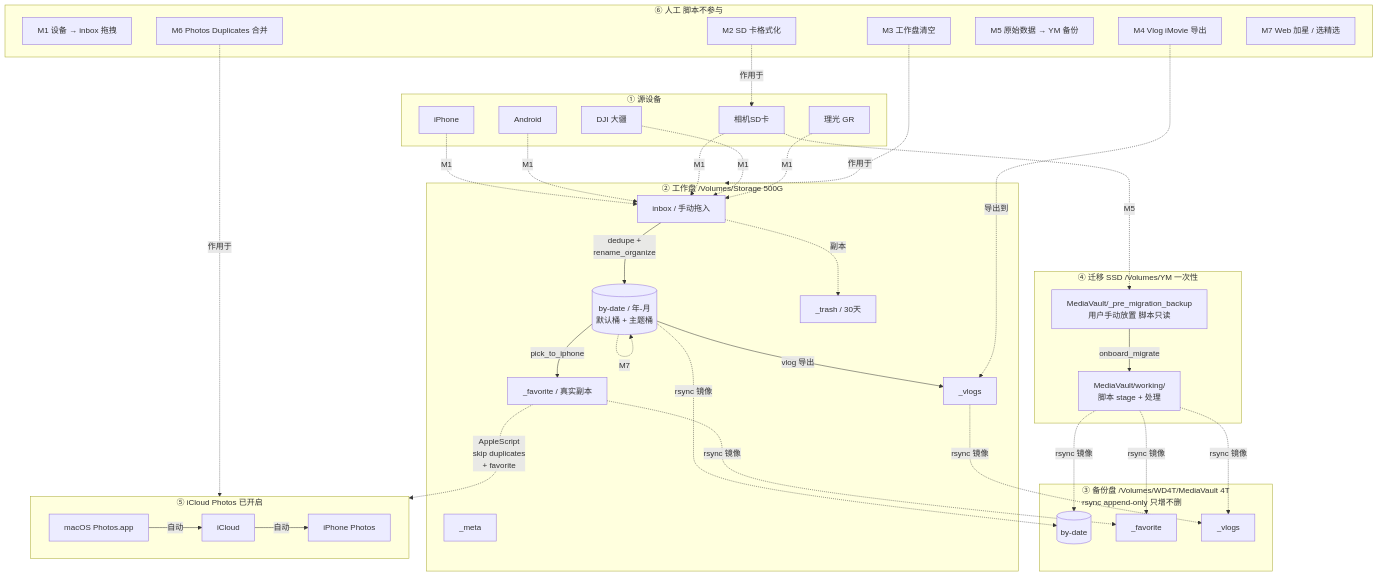
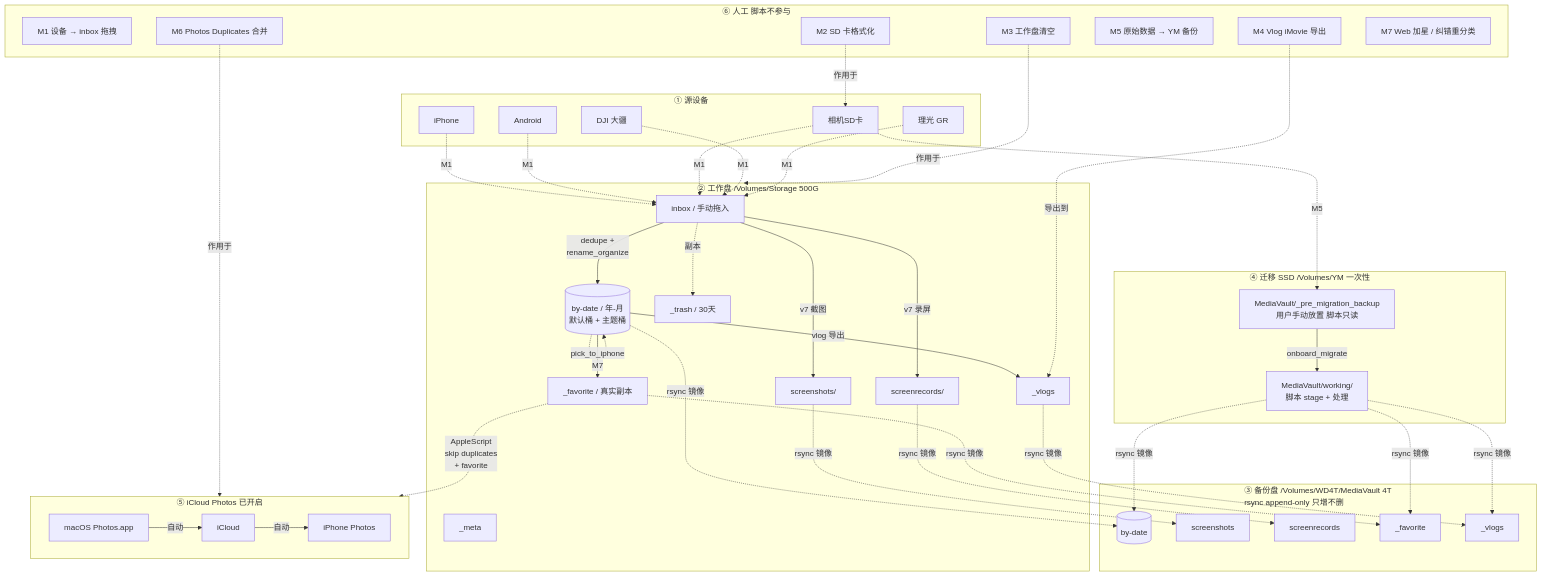
The diagram in outputs/PLAN.md (amber-ai-sketch/pic-vault), drawn with Mermaid before and after one commit. The commit also changed other lines of this file and 12 other files, not shown here.

```diff
--- a/outputs/PLAN.md
+++ b/outputs/PLAN.md
@@ -38,11 +38,15 @@
   subgraph WORK["② 工作盘 /Volumes/Storage 500G"]
     WI["inbox / 手动拖入"]
     WB[("by-date / 年-月<br/>默认桶 + 主题桶")]
+    WS["screenshots/"]
+    WR["screenrecords/"]
     WF["_favorite / 真实副本"]
     WV["_vlogs"]
     WT["_trash / 30天"]
     WM["_meta"]
     WI -->|"dedupe +<br/>rename_organize"| WB
+    WI -->|"v7 截图"| WS
+    WI -->|"v7 录屏"| WR
     WB -->|"pick_to_iphone"| WF
     WB -->|"vlog 导出"| WV
     WI -. "副本" .-> WT
@@ -50,6 +54,8 @@
 
   subgraph BACK["③ 备份盘 /Volumes/WD4T/MediaVault 4T<br/>rsync append-only 只增不删"]
     BB[("by-date")]
+    BS["screenshots"]
+    BR["screenrecords"]
     BF["_favorite"]
     BV["_vlogs"]
   end
@@ -69,7 +75,7 @@
     M4["M4 Vlog iMovie 导出"]
     M5["M5 原始数据 → YM 备份"]
     M6["M6 Photos Duplicates 合并"]
-    M7["M7 Web 加星 / 选精选"]
+    M7["M7 Web 加星 / 纠错重分类"]
   end
 
   %% ===============================================
@@ -81,6 +87,8 @@
   D4 -. M1 .-> WI
   D5 -. M1 .-> WI
   WB -. "rsync 镜像" .-> BB
+  WS -. "rsync 镜像" .-> BS
+  WR -. "rsync 镜像" .-> BR
   WF -. "rsync 镜像" .-> BF
   WV -. "rsync 镜像" .-> BV
 
```
